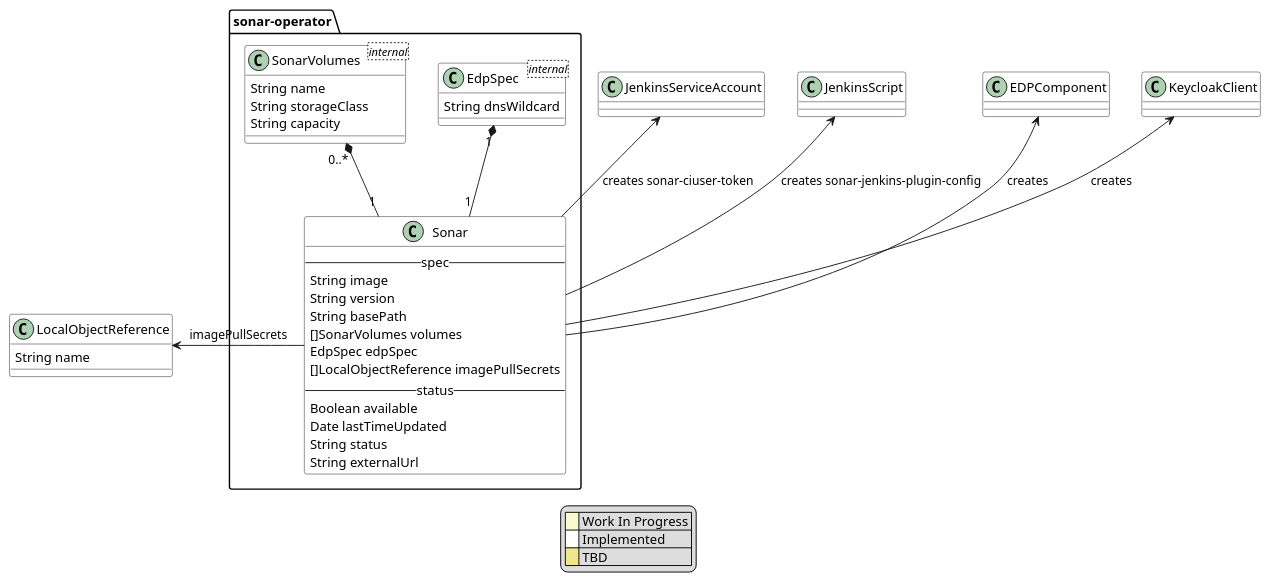
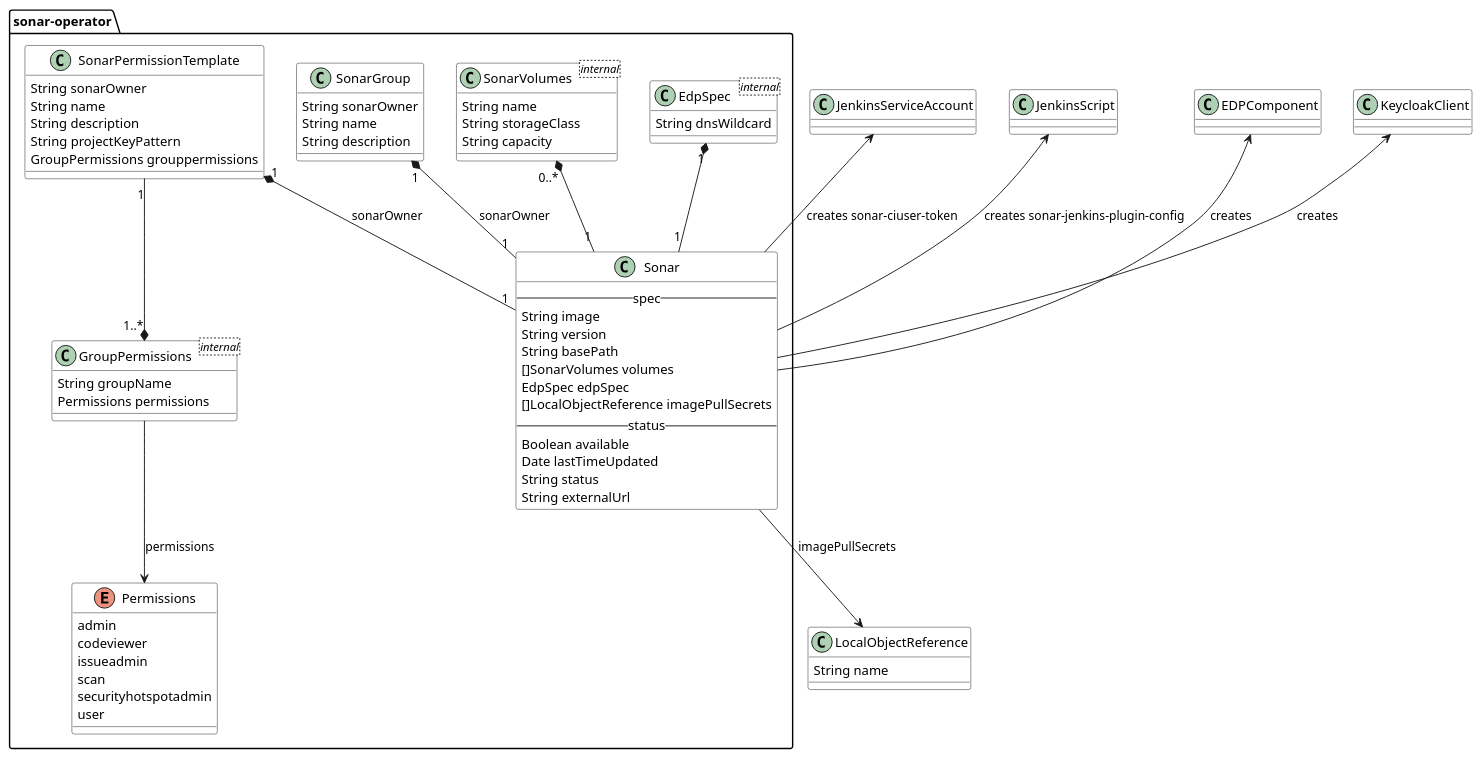
The diagram in docs/puml/arch.puml (epam/edp-sonar-operator), drawn with PlantUML before and after one commit. The commit also changed 1 other file, not shown here.

Commit message:
[EPMDEDP-8385]: docs: Update Arch schema
Align to the latest changes introduced in operator

```diff
--- a/docs/puml/arch.puml
+++ b/docs/puml/arch.puml
@@ -1,53 +1,79 @@
 @startuml
 
 skinparam class {
     BackgroundColor #white
 	BackgroundColor<<wip>> LightGoldenRodYellow
 	BackgroundColor<<tbd>> Khaki
 }
 
 package sonar-operator {
     class Sonar {
         -- spec --
         String image
         String version
         String basePath
         []SonarVolumes volumes
         EdpSpec edpSpec
         []LocalObjectReference imagePullSecrets
         -- status --
         Boolean available
         Date lastTimeUpdated
         String status
         String externalUrl
     }
 
     EdpSpec "1" *-- "1" Sonar
     class EdpSpec <internal> {
         String dnsWildcard
     }
 
     SonarVolumes "0..*" *-- "1" Sonar
     class SonarVolumes <internal> {
         String name
         String storageClass
         String capacity
     }
+
+    SonarGroup "1" *-- "1" Sonar: sonarOwner
+    class SonarGroup {
+        String sonarOwner
+        String name
+        String description
+    }
+
+    SonarPermissionTemplate "1" *-- "1" Sonar: sonarOwner
+    class SonarPermissionTemplate {
+        String sonarOwner
+        String name
+        String description
+        String projectKeyPattern
+        GroupPermissions grouppermissions
+    }
+
+    SonarPermissionTemplate "1" --* "1..*" GroupPermissions
+    class GroupPermissions <internal> {
+        String groupName
+        Permissions permissions
+    }
+
+    GroupPermissions -d-> Permissions : permissions
+    enum Permissions {
+        admin
+        codeviewer
+        issueadmin
+        scan
+        securityhotspotadmin
+        user
+    }
 }
 
 class LocalObjectReference {
     String name
 }
-Sonar -l-> LocalObjectReference : imagePullSecrets
+Sonar -d-> LocalObjectReference : imagePullSecrets
 JenkinsServiceAccount <-d- Sonar : creates sonar-ciuser-token
 JenkinsScript <-d- Sonar : creates sonar-jenkins-plugin-config
 EDPComponent <-d- Sonar : creates
 KeycloakClient <-d- Sonar : creates
 
-legend
-|<back:LightGoldenRodYellow>    </back>| Work In Progress |
-|<back:White>    </back>| Implemented |
-|<back:Khaki>    </back>| TBD |
-endlegend
-
 @enduml
```
